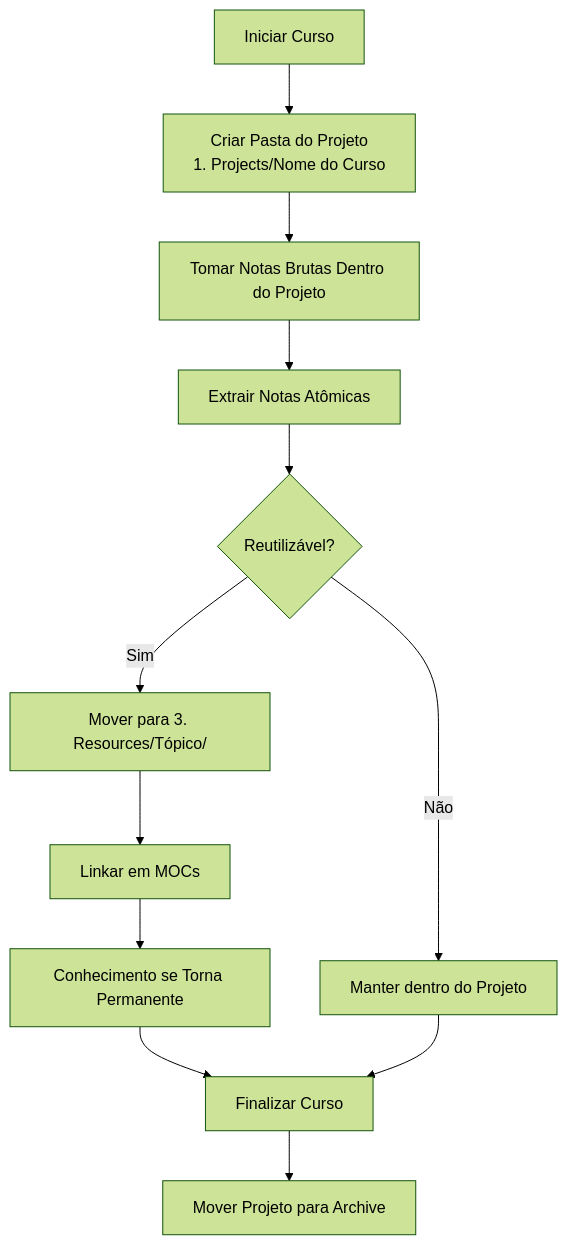
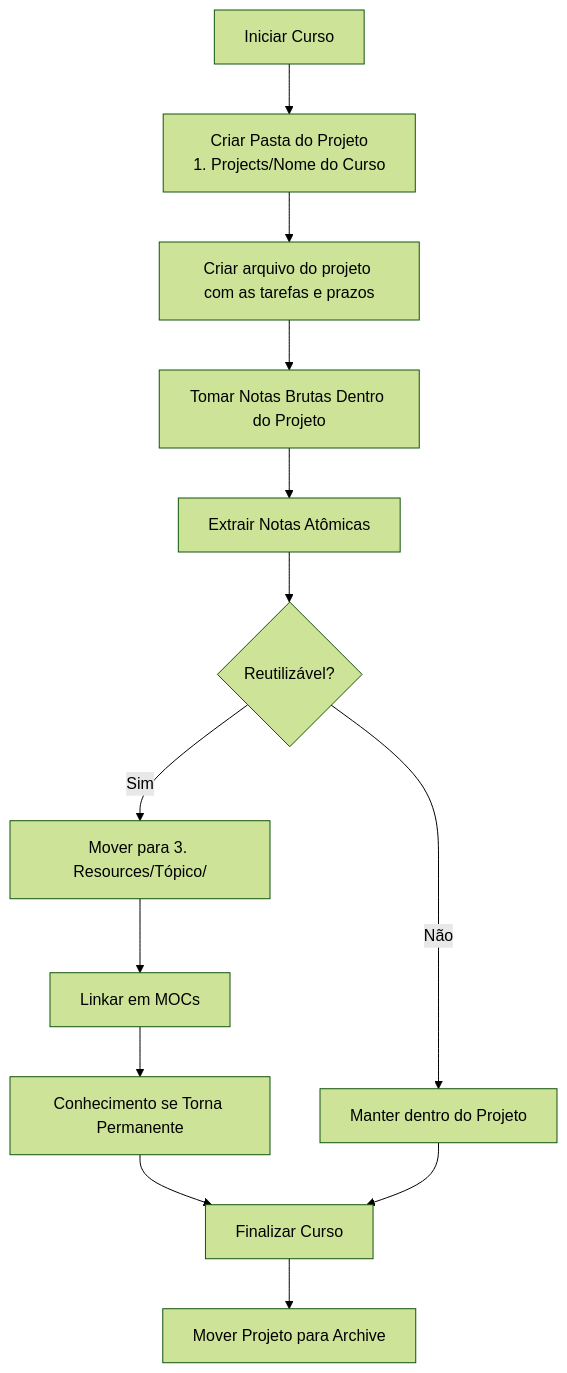
Before and after one commit to lmaoclost/para-zettel-obsidian: the diagram in LEIAME.md, drawn with Mermaid (forest theme). The commit also changed 1 other file, not shown here.

Commit message:
vault backup: 2026-02-25 16:11:40

````diff
--- a/LEIAME.md
+++ b/LEIAME.md
@@ -201,21 +201,22 @@
 ```mermaid
 flowchart TD
 
 A[Iniciar Curso] --> B[Criar Pasta do Projeto<br>1. Projects/Nome do Curso]
+B --> C[Criar arquivo do projeto com as tarefas e prazos]
 
-B --> C[Tomar Notas Brutas Dentro do Projeto]
-C --> D[Extrair Notas Atômicas]
+C --> D[Tomar Notas Brutas Dentro do Projeto]
+D --> E[Extrair Notas Atômicas]
 
-D --> E{Reutilizável?}
+E --> F{Reutilizável?}
 
-E -- Sim --> F[Mover para 3. Resources/Tópico/]
-E -- Não --> G[Manter dentro do Projeto]
+F -- Sim --> G[Mover para 3. Resources/Tópico/]
+F -- Não --> H[Manter dentro do Projeto]
 
-F --> H[Linkar em MOCs]
-H --> I[Conhecimento se Torna Permanente]
+G --> I[Linkar em MOCs]
+I --> J[Conhecimento se Torna Permanente]
 
-I --> J[Finalizar Curso]
-G --> J
+J --> K[Finalizar Curso]
+H --> K
 
-J --> K[Mover Projeto para Archive]
+K --> L[Mover Projeto para Archive]
 ```
````
